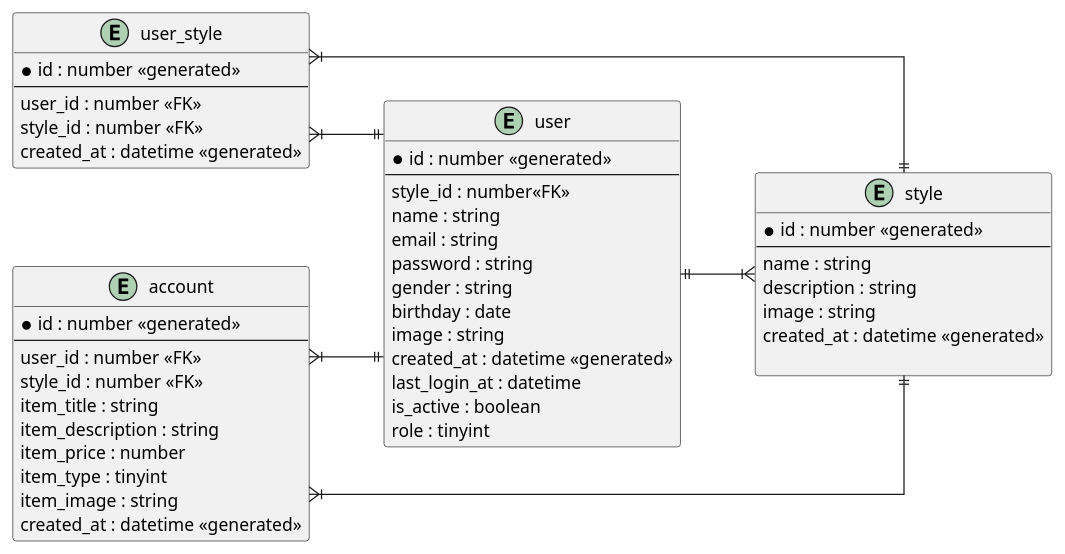
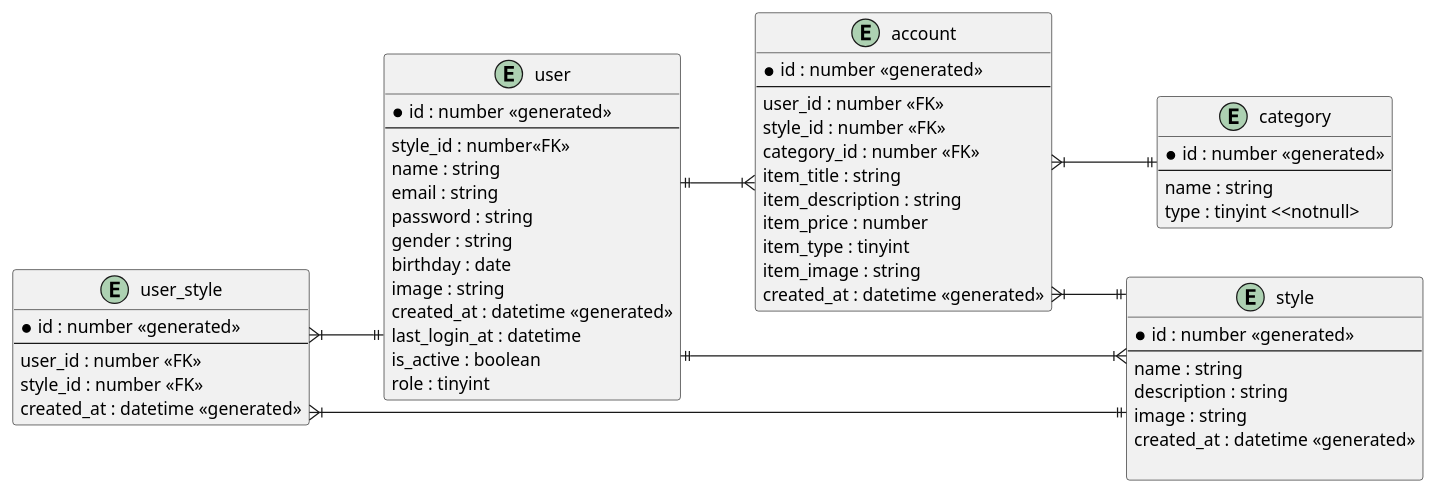
Before and after one commit to honeykokia/community-springboot: the diagram in src/main/java/com/example/demo/docs/er-diagram.puml, drawn with PlantUML. The commit also changed 5 other files, not shown here.

```diff
--- a/src/main/java/com/example/demo/docs/er-diagram.puml
+++ b/src/main/java/com/example/demo/docs/er-diagram.puml
@@ -1,64 +1,80 @@
 @startuml
 ' hide the spot
 ' hide circle
 
 ' avoid problems with angled crows feet
 skinparam linetype ortho
 
 left to right direction
 
-entity "user" as u {
+entity "user" as user {
     *id : number <<generated>>
     --
     style_id : number<<FK>>
     name : string
     email : string
     password : string
     gender : string
     birthday : date
     image : string
     created_at : datetime <<generated>>
     last_login_at : datetime
     is_active : boolean
     role : tinyint
 }
 
-entity "user_style" as us{
+entity "user_style" as user_style{
     *id : number <<generated>>
     --
     user_id : number <<FK>>
     style_id : number <<FK>>
     created_at : datetime <<generated>>
 }
 
 
-entity "style" as s {
+entity "style" as style {
     *id : number <<generated>>
     --
     name : string
     description : string
     image : string
     created_at : datetime <<generated>>
 
 }
 
-entity "account" as a{
+entity "account" as account{
     *id : number <<generated>>
     --
     user_id : number <<FK>>
     style_id : number <<FK>>
+    category_id : number <<FK>>
     item_title : string
     item_description : string
     item_price : number
     item_type : tinyint
     item_image : string
     created_at : datetime <<generated>>
 }
 
-    u ||--|{ s
-    a }|--|| u
-    a }|--|| s
-    us }|--|| u
-    us }|--|| s
+entity "category" as category {
+    *id : number <<generated>>
+    --
+    name : string
+    type : tinyint <<notnull>
+}
+
+    ' user ||--|{ style
+    ' account }|--|| user
+    ' account }|--|| style
+    ' account }|--|| category
+    ' user_style }|--|| user
+    ' user_style }|--|| style
+
+    user ||--|{ account
+    account }|--|| category
+    account }|--|| style
+    user_style }|--|| user
+    user_style }|--|| style
+    user ||--|{ style
 
 @enduml
```
